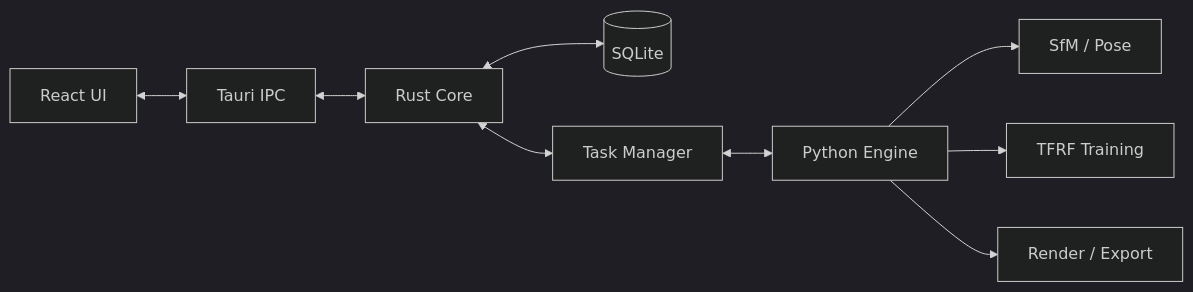
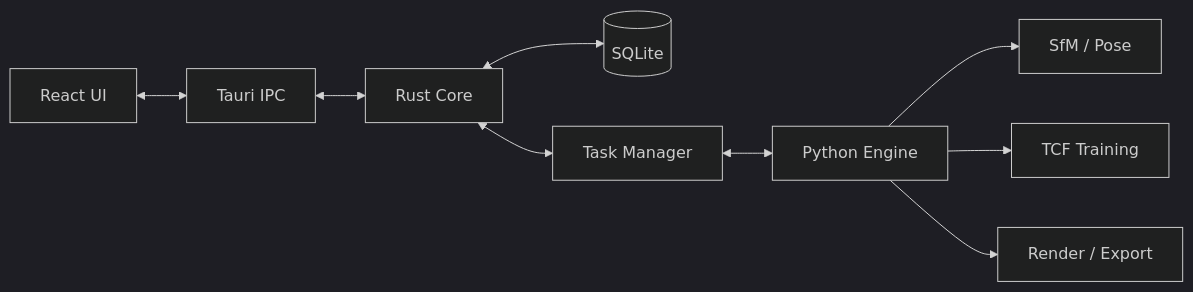
The diagram in docs/技术选型与开发流程.md (xlcblues/Titan), drawn with Mermaid (dark theme) before and after one commit. The commit also changed other lines of this file and 23 other files, not shown here.

````diff
--- a/docs/技术选型与开发流程.md
+++ b/docs/技术选型与开发流程.md
@@ -57,11 +59,11 @@
 ```mermaid
 flowchart LR
   UI[React UI] <--> IPC[Tauri IPC]
   IPC <--> Rust[Rust Core]
   Rust <--> DB[(SQLite)]
   Rust <--> Task[Task Manager]
   Task <--> Py[Python Engine]
   Py --> SfM[SfM / Pose]
-  Py --> Train[TFRF Training]
+  Py --> Train[TCF Training]
   Py --> Render[Render / Export]
 ```
````
